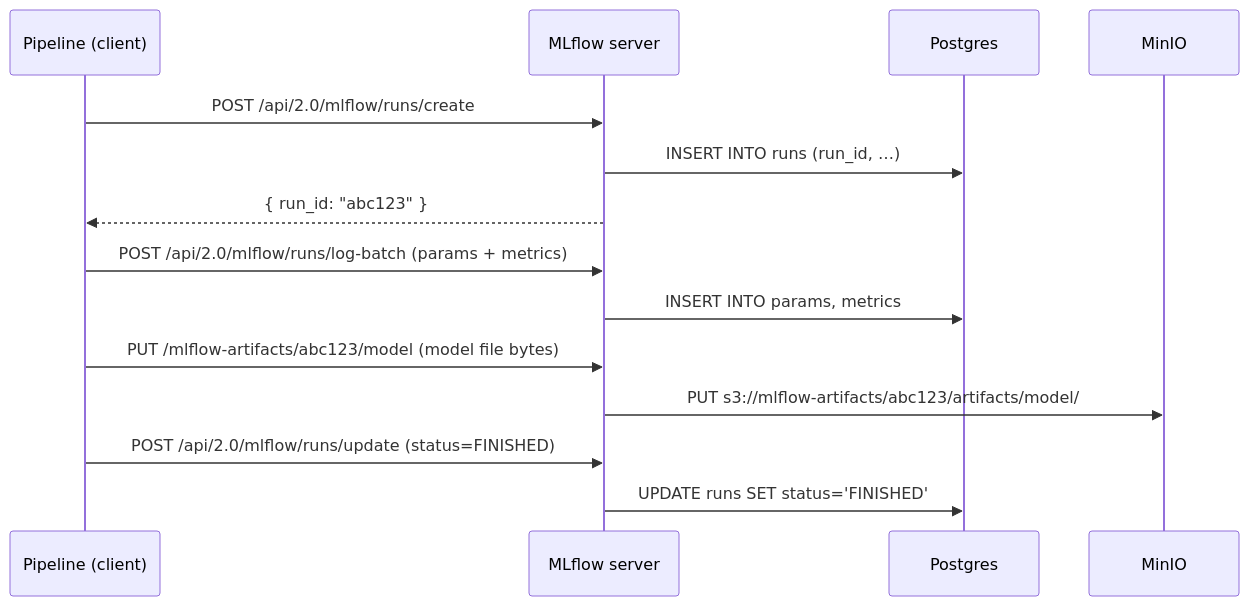
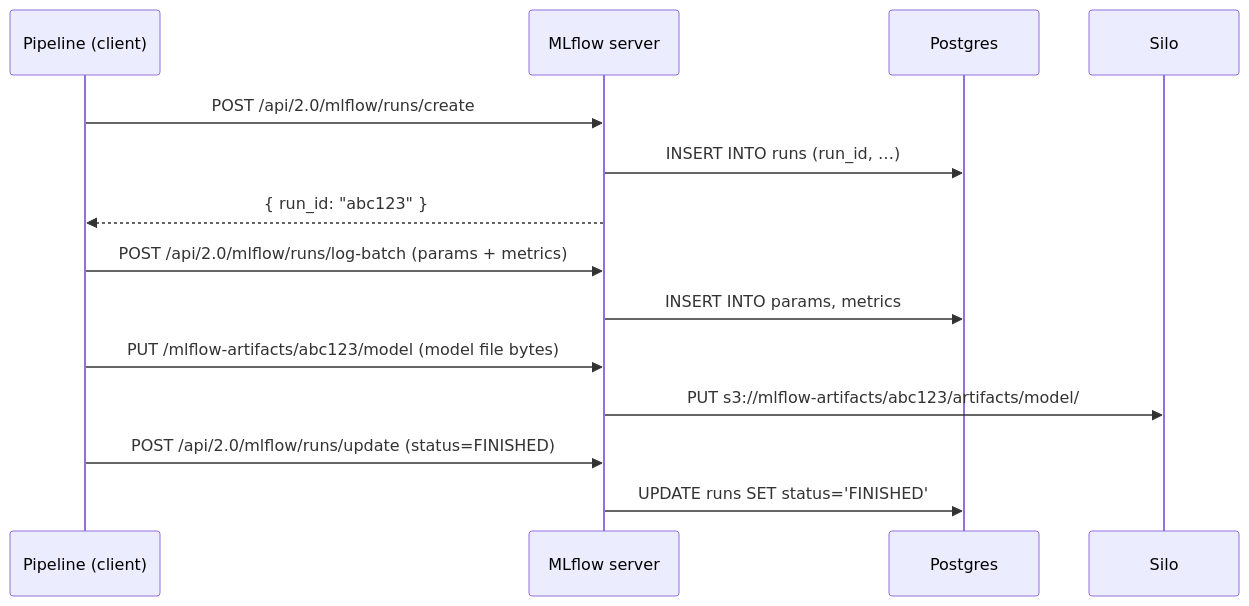
The sixth of 7 diagrams in lectures/week-02-reproducible-runtimes/slides.md (Fava00/mlops-course), drawn with Mermaid before and after one commit. The commit also changed other lines of this file and 53 other files, not shown here.

````diff
--- a/lectures/week-02-reproducible-runtimes/slides.md
+++ b/lectures/week-02-reproducible-runtimes/slides.md
@@ -393,20 +400,20 @@
 ```mermaid
 sequenceDiagram
     participant P as Pipeline (client)
     participant S as MLflow server
     participant DB as Postgres
-    participant OBJ as MinIO
+    participant OBJ as Silo
 
     P->>S: POST /api/2.0/mlflow/runs/create
     S->>DB: INSERT INTO runs (run_id, …)
     S-->>P: { run_id: "abc123" }
 
     P->>S: POST /api/2.0/mlflow/runs/log-batch (params + metrics)
     S->>DB: INSERT INTO params, metrics
 
     P->>S: PUT /mlflow-artifacts/abc123/model (model file bytes)
     S->>OBJ: PUT s3://mlflow-artifacts/abc123/artifacts/model/
 
     P->>S: POST /api/2.0/mlflow/runs/update (status=FINISHED)
     S->>DB: UPDATE runs SET status='FINISHED'
 ```
````
